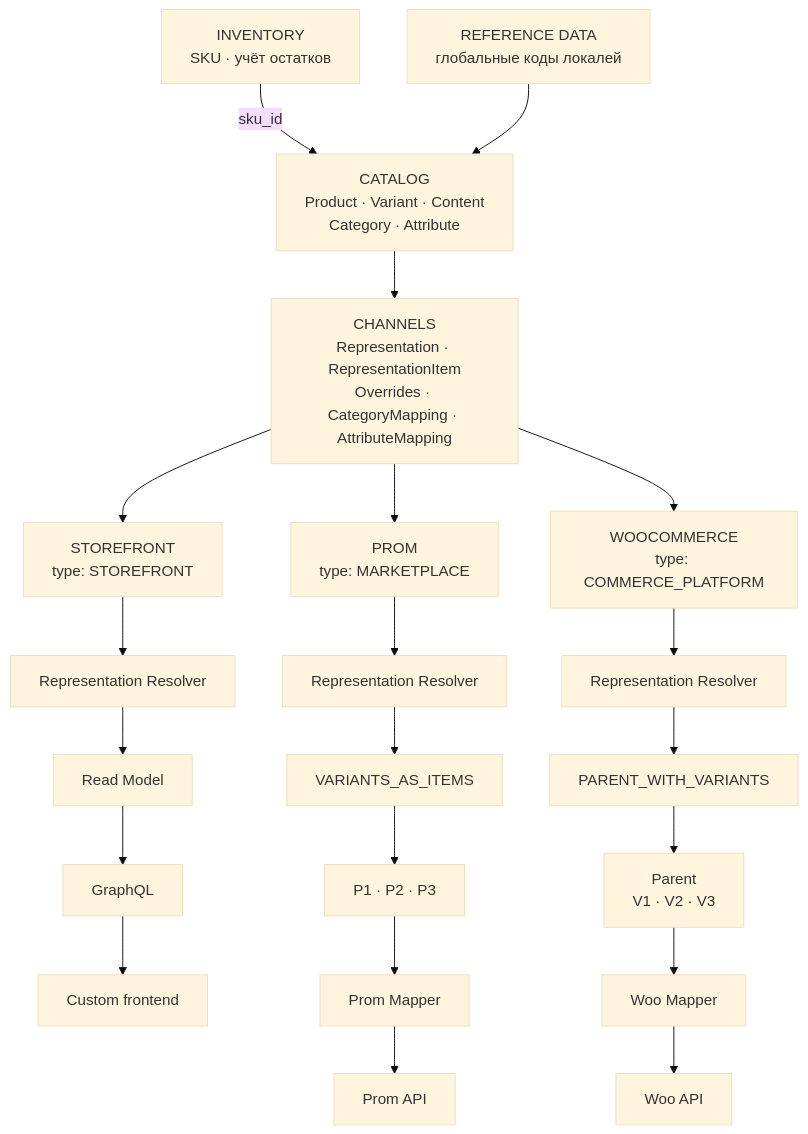
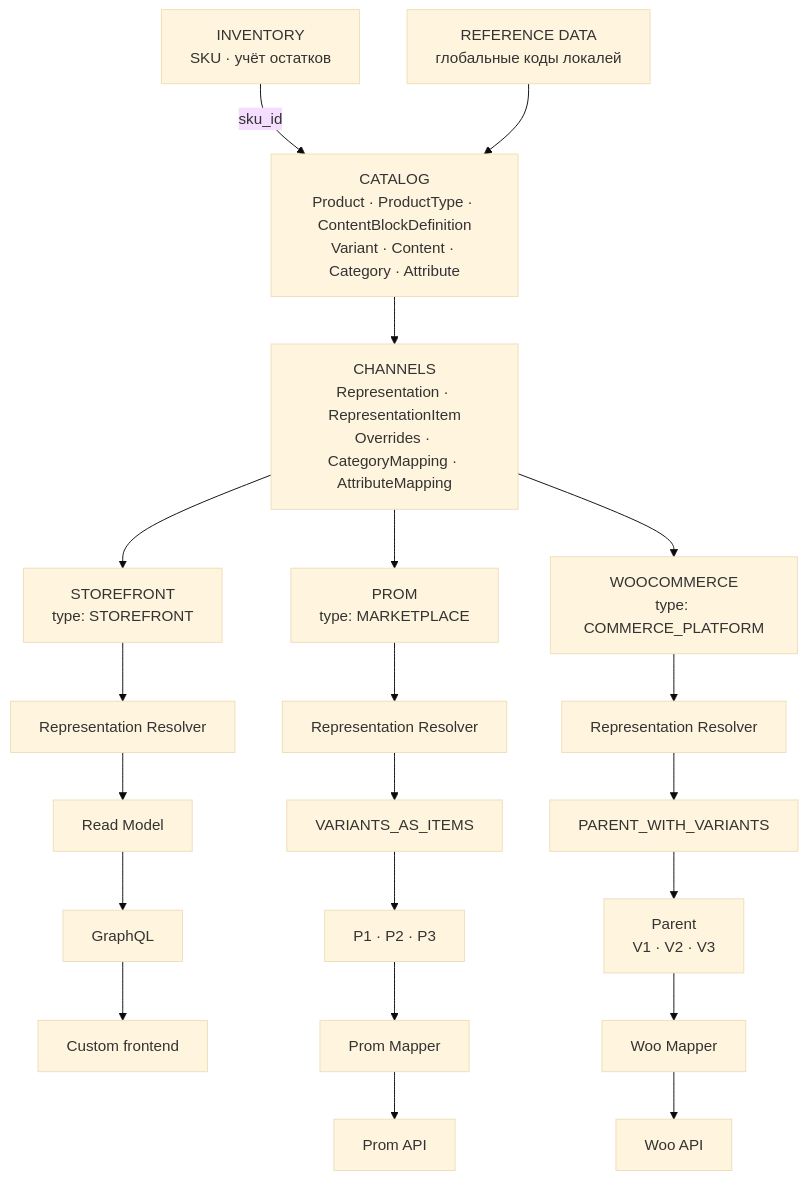
Before and after one commit to dinikon/dnk-runtime-core: the diagram in docs/plan/catalog.md, drawn with Mermaid (base theme). The commit also changed other lines of this file and 22 other files, not shown here.

Commit message:
feat(catalog): rename product type to kind and update related constraints

````diff
--- a/docs/plan/catalog.md
+++ b/docs/plan/catalog.md
@@ -42,27 +42,27 @@
 ```mermaid
 flowchart TB
     INV["INVENTORY<br/>SKU · учёт остатков"]
     LOC["REFERENCE DATA<br/>глобальные коды локалей"]
-    CAT["CATALOG<br/>Product · Variant · Content<br/>Category · Attribute"]
+    CAT["CATALOG<br/>Product · ProductType · ContentBlockDefinition<br/>Variant · Content · Category · Attribute"]
     CH["CHANNELS<br/>Representation · RepresentationItem<br/>Overrides · CategoryMapping · AttributeMapping"]
     INV -->|sku_id| CAT
     LOC --> CAT
     CAT --> CH
     CH --> S["STOREFRONT<br/>type: STOREFRONT"]
     CH --> P["PROM<br/>type: MARKETPLACE"]
     CH --> W["WOOCOMMERCE<br/>type: COMMERCE_PLATFORM"]
     S --> SR[Representation Resolver]
     P --> PR[Representation Resolver]
     W --> WR[Representation Resolver]
     SR --> RM[Read Model]
     RM --> GQL[GraphQL]
     GQL --> FE[Custom frontend]
     PR --> PT[VARIANTS_AS_ITEMS]
     PT --> PI["P1 · P2 · P3"]
     PI --> PM[Prom Mapper]
     PM --> PA[Prom API]
     WR --> WT[PARENT_WITH_VARIANTS]
     WT --> WI["Parent<br/>V1 · V2 · V3"]
     WI --> WM[Woo Mapper]
     WM --> WA[Woo API]
 ```
````
